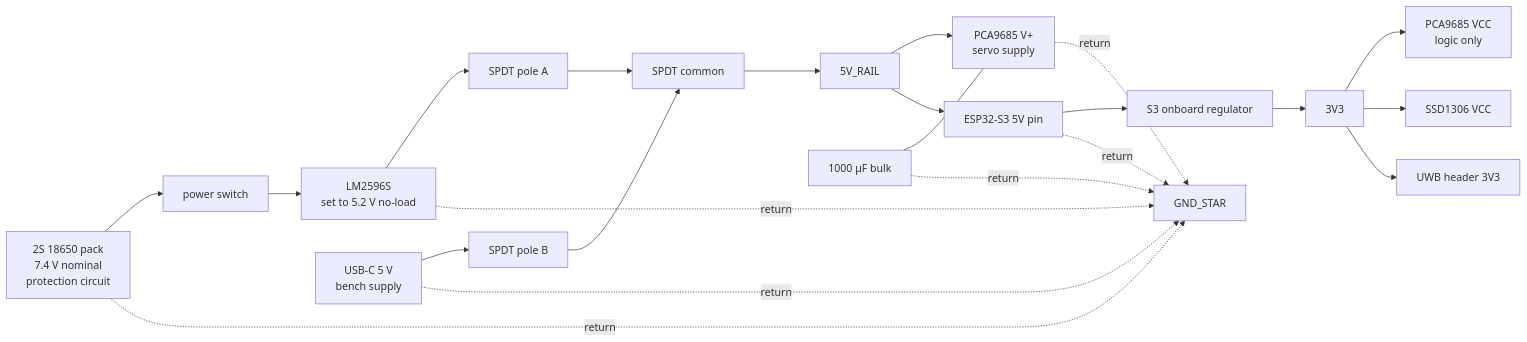
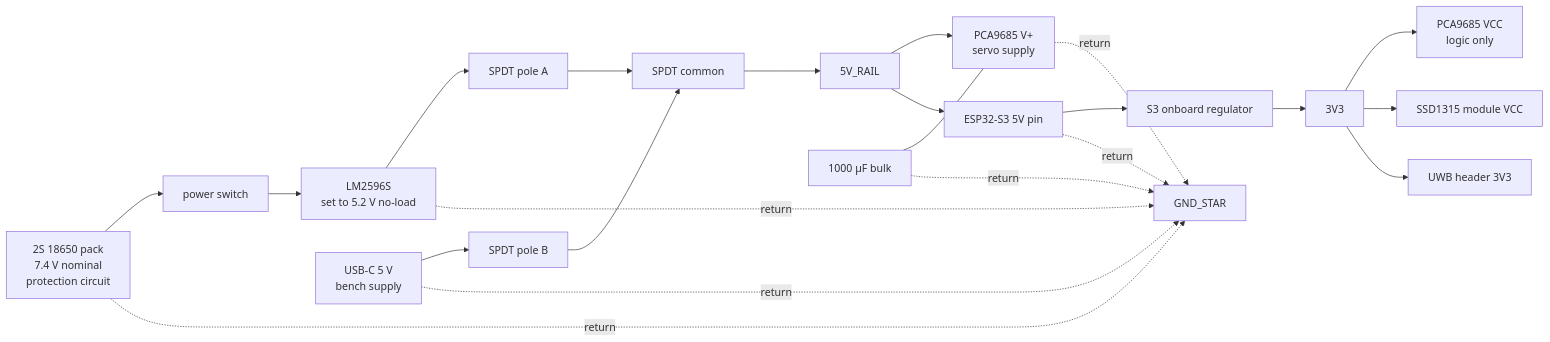
The diagram in docs/wiring/power.md (tim003/CIT_FC_Robotics), drawn with Mermaid before and after one commit. The commit also changed 15 other files, not shown here.

Commit message:
Correct OLED hardware identity to SSD1315

````diff
--- a/docs/wiring/power.md
+++ b/docs/wiring/power.md
@@ -8,24 +8,24 @@
 ```mermaid
 flowchart LR
     BATT["2S 18650 pack<br/>7.4 V nominal<br/>protection circuit"] --> SW["power switch"]
     SW --> BUCK["LM2596S<br/>set to 5.2 V no-load"]
     BUCK --> POLEA["SPDT pole A"]
     USBC["USB-C 5 V<br/>bench supply"] --> POLEB["SPDT pole B"]
     POLEA --> COMMON["SPDT common"]
     POLEB --> COMMON
     COMMON --> RAIL["5V_RAIL"]
     RAIL --> VPLUS["PCA9685 V+<br/>servo supply"]
     RAIL --> MCU5V["ESP32-S3 5V pin"]
     CAP["1000 µF bulk"] --- VPLUS
     MCU5V --> REG3V3["S3 onboard regulator"]
     REG3V3 --> N3V3["3V3"]
     N3V3 --> PCAVCC["PCA9685 VCC<br/>logic only"]
-    N3V3 --> OLED["SSD1306 VCC"]
+    N3V3 --> OLED["SSD1315 module VCC"]
     N3V3 --> UWB["UWB header 3V3"]
     BATT -.->|return| STAR["GND_STAR"]
     BUCK -.->|return| STAR
     USBC -.->|return| STAR
     VPLUS -.->|return| STAR
     MCU5V -.->|return| STAR
     CAP -.->|return| STAR
 ```
````
